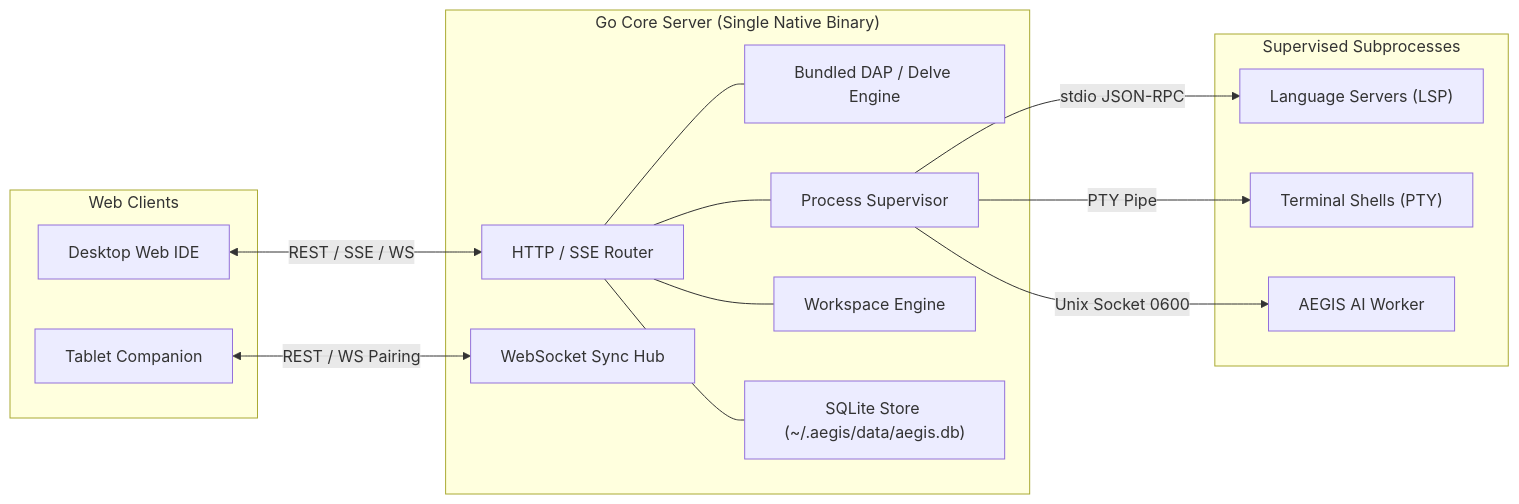
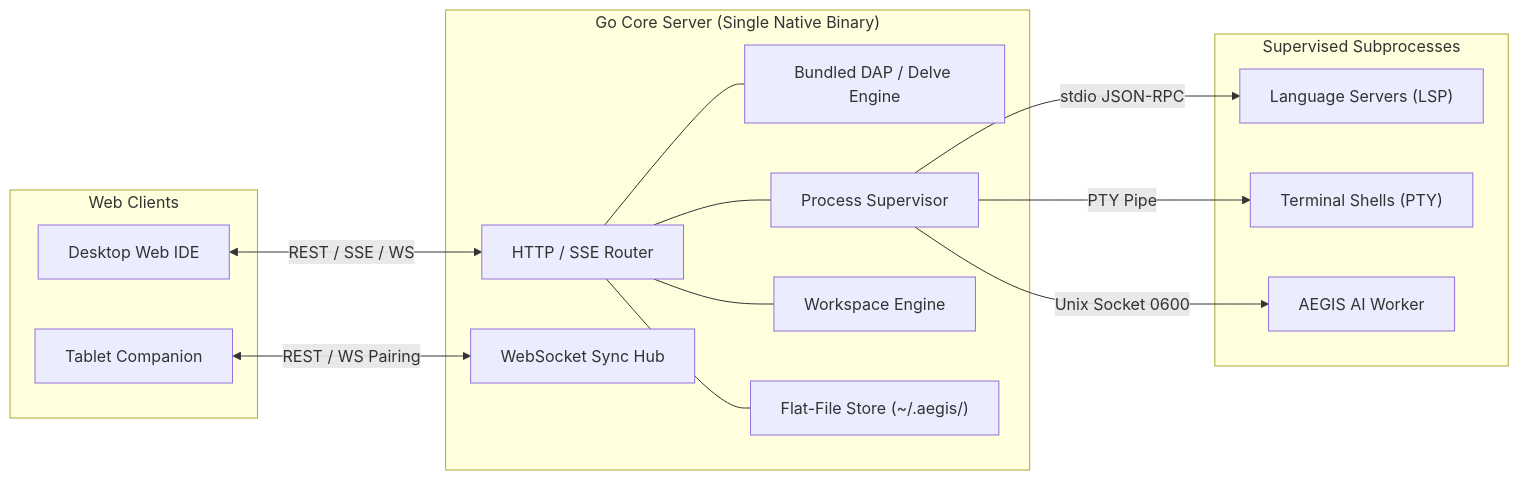
The diagram in docs/feature-backend.md (aditlab-code/AegisCode), drawn with Mermaid before and after one commit. The commit also changed other lines of this file and 14 other files, not shown here.

First line of the commit message:
feat(store): implement flat-file persistence for user settings and chat sessions

````diff
--- a/docs/feature-backend.md
+++ b/docs/feature-backend.md
@@ -15,32 +15,32 @@
 ```mermaid
 flowchart LR
     subgraph Client["Web Clients"]
         DesktopUI["Desktop Web IDE"]
         TabletUI["Tablet Companion"]
     end
 
     subgraph GoCore["Go Core Server (Single Native Binary)"]
         HTTPRouter["HTTP / SSE Router"]
         WSHub["WebSocket Sync Hub"]
         DAPRunner["Bundled DAP / Delve Engine"]
         Supervisor["Process Supervisor"]
         Workspace["Workspace Engine"]
-        Store["SQLite Store (~/.aegis/data/aegis.db)"]
+        Store["Flat-File Store (~/.aegis/)"]
     end
 
     subgraph Workers["Supervised Subprocesses"]
         LSPWorker["Language Servers (LSP)"]
         PTYWorker["Terminal Shells (PTY)"]
         AgentWorker["AEGIS AI Worker"]
     end
 
     DesktopUI <-->|REST / SSE / WS| HTTPRouter
     TabletUI <-->|REST / WS Pairing| WSHub
     HTTPRouter --- DAPRunner
     HTTPRouter --- Workspace
     HTTPRouter --- Store
     HTTPRouter --- Supervisor
     Supervisor -->|stdio JSON-RPC| LSPWorker
     Supervisor -->|PTY Pipe| PTYWorker
     Supervisor -->|Unix Socket 0600| AgentWorker
 ```
````
